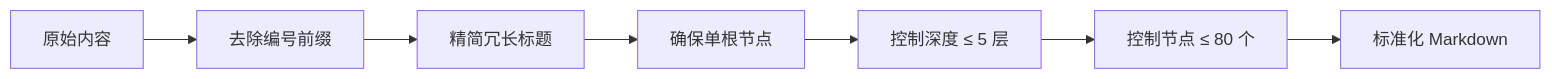
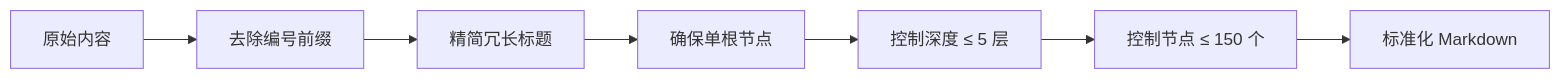
The second of 6 diagrams in skills/edrawmind-mindmap/docs/workflow-draft.md (Tristanb2952/edrawmind-skills), drawn with Mermaid before and after one commit. The commit also changed other lines of this file and 6 other files, not shown here.

````diff
--- a/skills/edrawmind-mindmap/docs/workflow-draft.md
+++ b/skills/edrawmind-mindmap/docs/workflow-draft.md
@@ -63,9 +63,9 @@
 ```mermaid
 flowchart LR
     A[原始内容] --> B[去除编号前缀]
     B --> C[精简冗长标题]
     C --> D[确保单根节点]
     D --> E[控制深度 ≤ 5 层]
-    E --> F[控制节点 ≤ 80 个]
+    E --> F[控制节点 ≤ 150 个]
     F --> G[标准化 Markdown]
 ```
````
